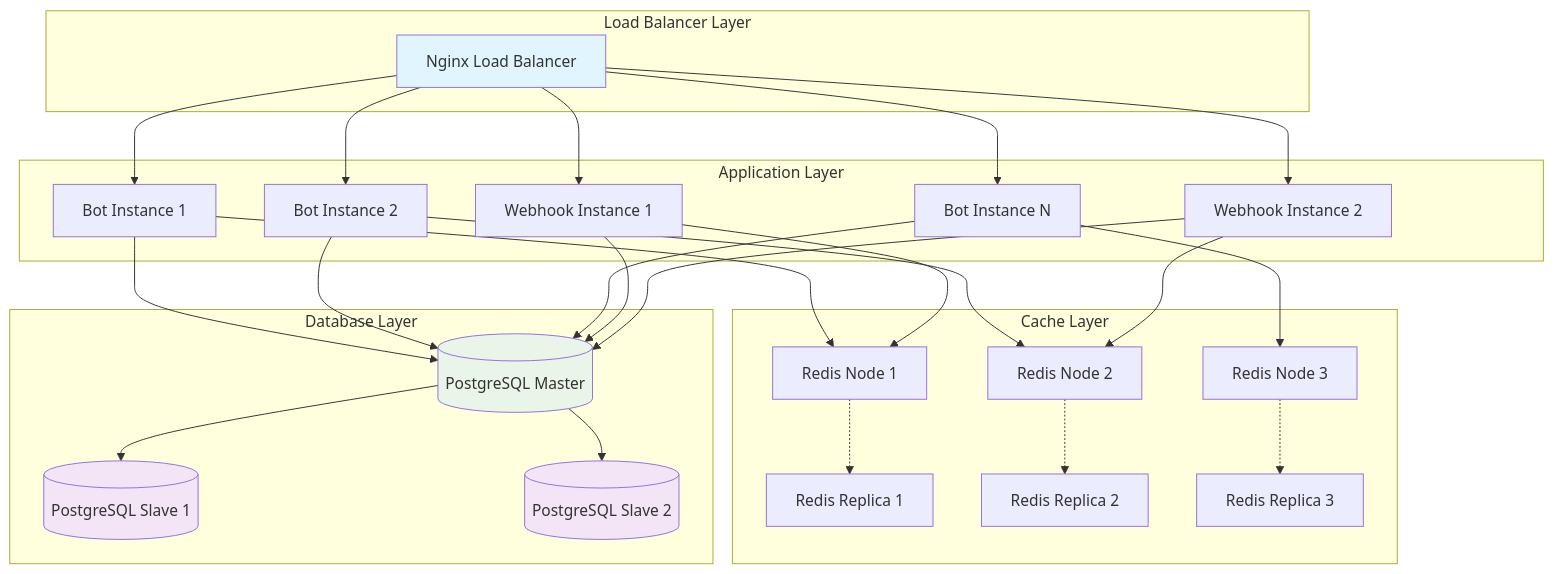
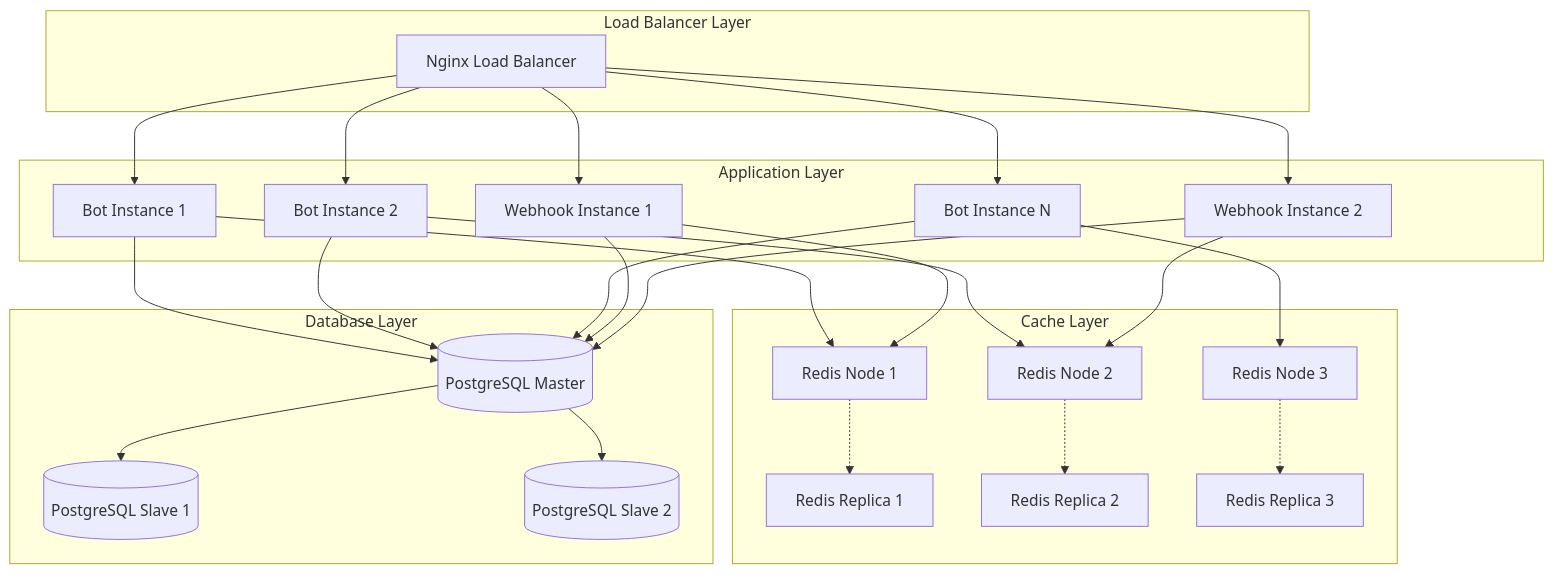
One commit to neKamita/Mirza-Telegram-Shop-Bot changed the seventh of 9 diagrams in docs/ARCHITECTURE.md. Above: the diagram before and after it, drawn with Mermaid. The commit also changed other lines of this file and 2 other files, not shown here.

````diff
--- a/docs/ARCHITECTURE.md
+++ b/docs/ARCHITECTURE.md
@@ -245,62 +227,58 @@
 ```mermaid
 graph TB
     subgraph "Load Balancer Layer"
         LB[Nginx Load Balancer]
     end
     
     subgraph "Application Layer"
         APP1[Bot Instance 1]
         APP2[Bot Instance 2]
         APP3[Bot Instance N]
         
         WH1[Webhook Instance 1]
         WH2[Webhook Instance 2]
     end
     
     subgraph "Cache Layer"
         RC1[Redis Node 1]
         RC2[Redis Node 2]
         RC3[Redis Node 3]
         RR1[Redis Replica 1]
         RR2[Redis Replica 2]
         RR3[Redis Replica 3]
     end
     
     subgraph "Database Layer"
         PG_MASTER[(PostgreSQL Master)]
         PG_SLAVE1[(PostgreSQL Slave 1)]
         PG_SLAVE2[(PostgreSQL Slave 2)]
     end
     
     LB --> APP1
     LB --> APP2
     LB --> APP3
     LB --> WH1
     LB --> WH2
     
     APP1 --> RC1
     APP2 --> RC2
     APP3 --> RC3
     
     WH1 --> RC1
     WH2 --> RC2
     
     APP1 --> PG_MASTER
     APP2 --> PG_MASTER
     APP3 --> PG_MASTER
     
     WH1 --> PG_MASTER
     WH2 --> PG_MASTER
     
     PG_MASTER --> PG_SLAVE1
     PG_MASTER --> PG_SLAVE2
     
     RC1 -.-> RR1
     RC2 -.-> RR2
     RC3 -.-> RR3
     
-    style LB fill:#e1f5fe
-    style PG_MASTER fill:#e8f5e8
-    style PG_SLAVE1 fill:#f3e5f5
-    style PG_SLAVE2 fill:#f3e5f5
 ```
````
